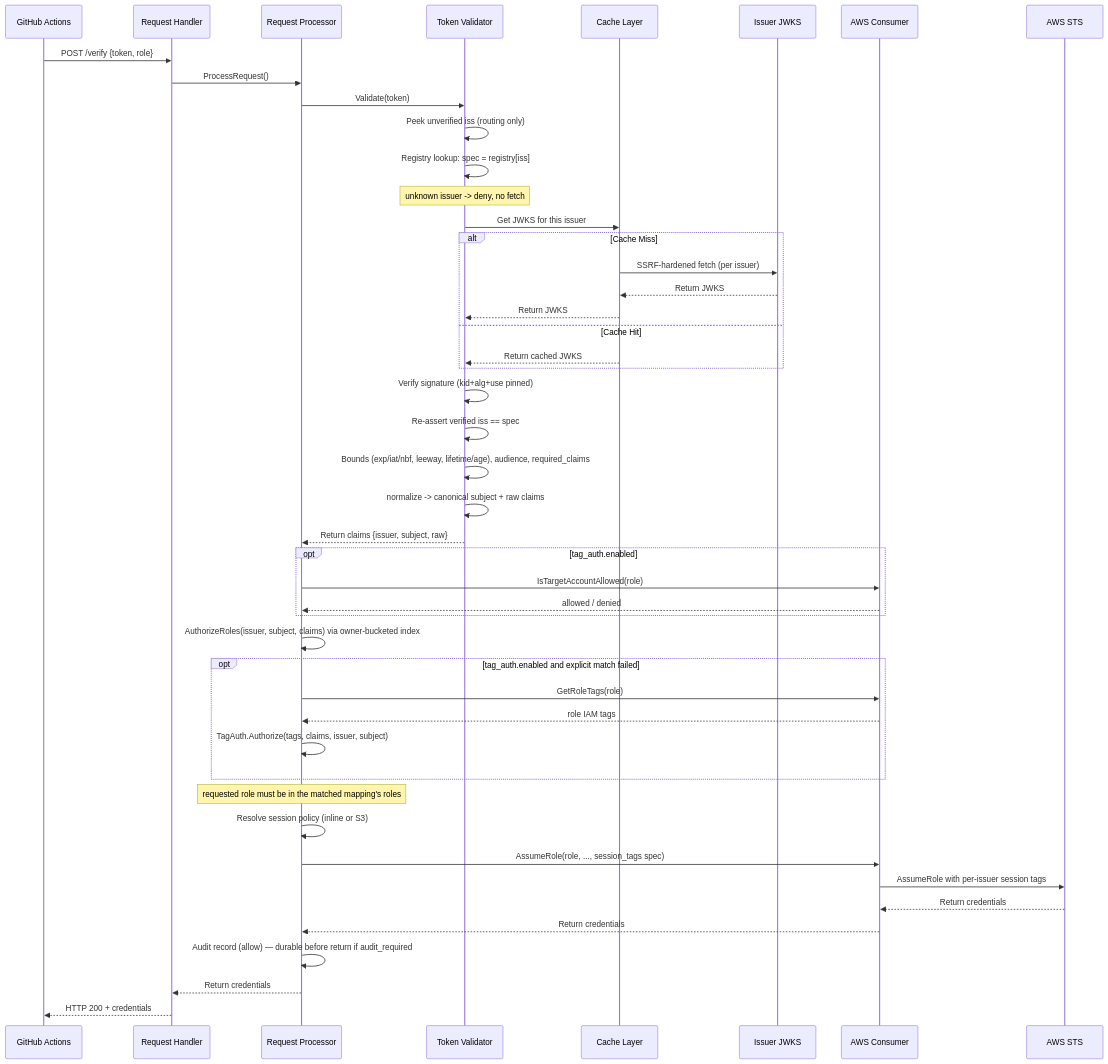
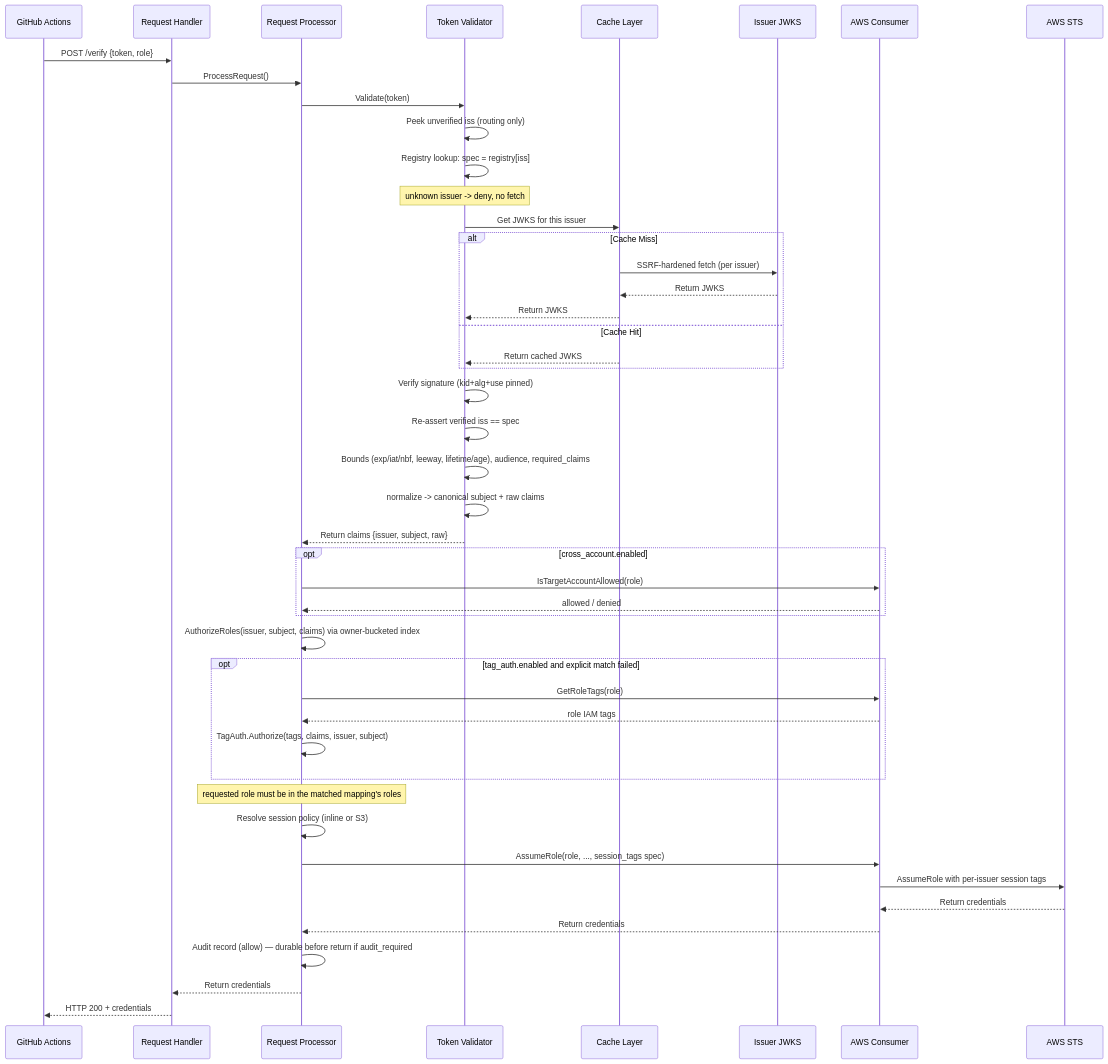
Before and after one commit to boogy/aws-oidc-warden: the second of 7 diagrams in docs/ARCHITECTURE.md, drawn with Mermaid. The commit also changed other lines of this file and 22 other files, not shown here.

First line of the commit message:
♻️ refactor(config): move cross-account transport to top-level cross_account block

````diff
--- a/docs/ARCHITECTURE.md
+++ b/docs/ARCHITECTURE.md
@@ -112,58 +112,58 @@
 ```mermaid
 sequenceDiagram
     participant Client as GitHub Actions
     participant Handler as Request Handler
     participant Processor as Request Processor
     participant Validator as Token Validator
     participant Cache as Cache Layer
     participant JWKS as Issuer JWKS
     participant Consumer as AWS Consumer
     participant STS as AWS STS
 
     Client->>Handler: POST /verify {token, role}
     Handler->>Processor: ProcessRequest()
 
     Processor->>Validator: Validate(token)
     Validator->>Validator: Peek unverified iss (routing only)
     Validator->>Validator: Registry lookup: spec = registry[iss]
     Note over Validator: unknown issuer -> deny, no fetch
     Validator->>Cache: Get JWKS for this issuer
 
     alt Cache Miss
         Cache->>JWKS: SSRF-hardened fetch (per issuer)
         JWKS-->>Cache: Return JWKS
         Cache-->>Validator: Return JWKS
     else Cache Hit
         Cache-->>Validator: Return cached JWKS
     end
 
     Validator->>Validator: Verify signature (kid+alg+use pinned)
     Validator->>Validator: Re-assert verified iss == spec
     Validator->>Validator: Bounds (exp/iat/nbf, leeway, lifetime/age), audience, required_claims
     Validator->>Validator: normalize -> canonical subject + raw claims
     Validator-->>Processor: Return claims {issuer, subject, raw}
 
-    opt tag_auth.enabled
+    opt cross_account.enabled
         Processor->>Consumer: IsTargetAccountAllowed(role)
         Consumer-->>Processor: allowed / denied
     end
 
     Processor->>Processor: AuthorizeRoles(issuer, subject, claims) via owner-bucketed index
 
     opt tag_auth.enabled and explicit match failed
         Processor->>Consumer: GetRoleTags(role)
         Consumer-->>Processor: role IAM tags
         Processor->>Processor: TagAuth.Authorize(tags, claims, issuer, subject)
     end
 
     Note over Processor: requested role must be in the matched mapping's roles
     Processor->>Processor: Resolve session policy (inline or S3)
     Processor->>Consumer: AssumeRole(role, ..., session_tags spec)
 
     Consumer->>STS: AssumeRole with per-issuer session tags
     STS-->>Consumer: Return credentials
     Consumer-->>Processor: Return credentials
     Processor->>Processor: Audit record (allow) — durable before return if audit_required
     Processor-->>Handler: Return credentials
     Handler-->>Client: HTTP 200 + credentials
 ```
````
